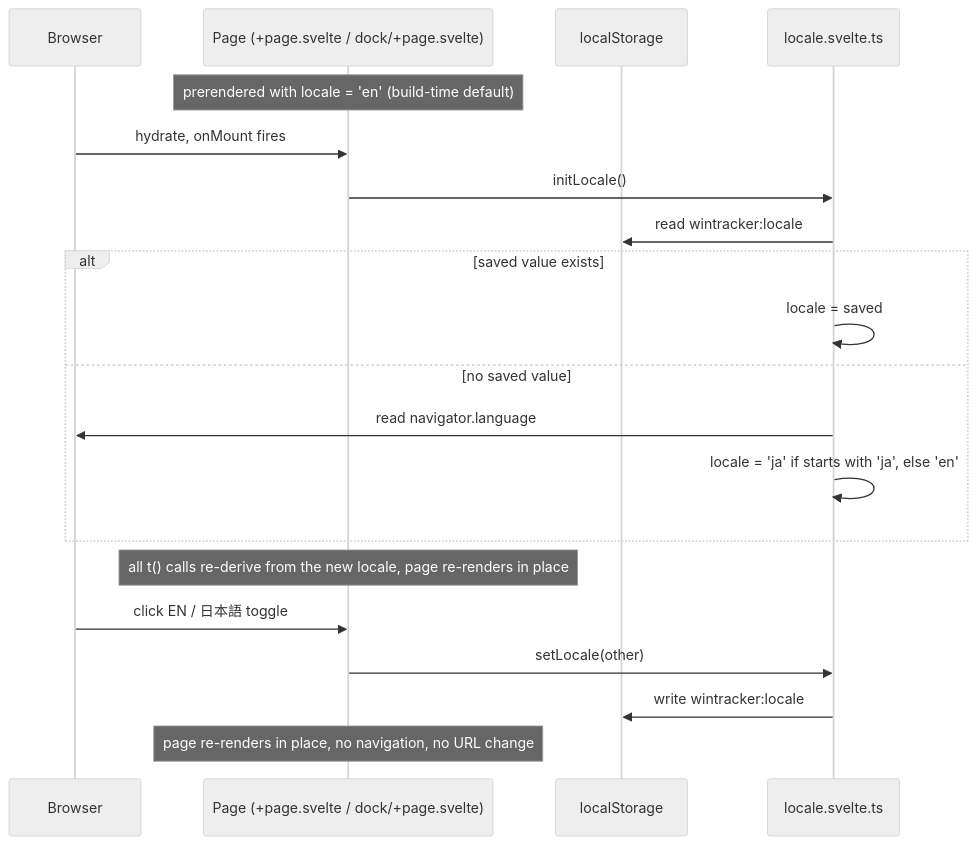
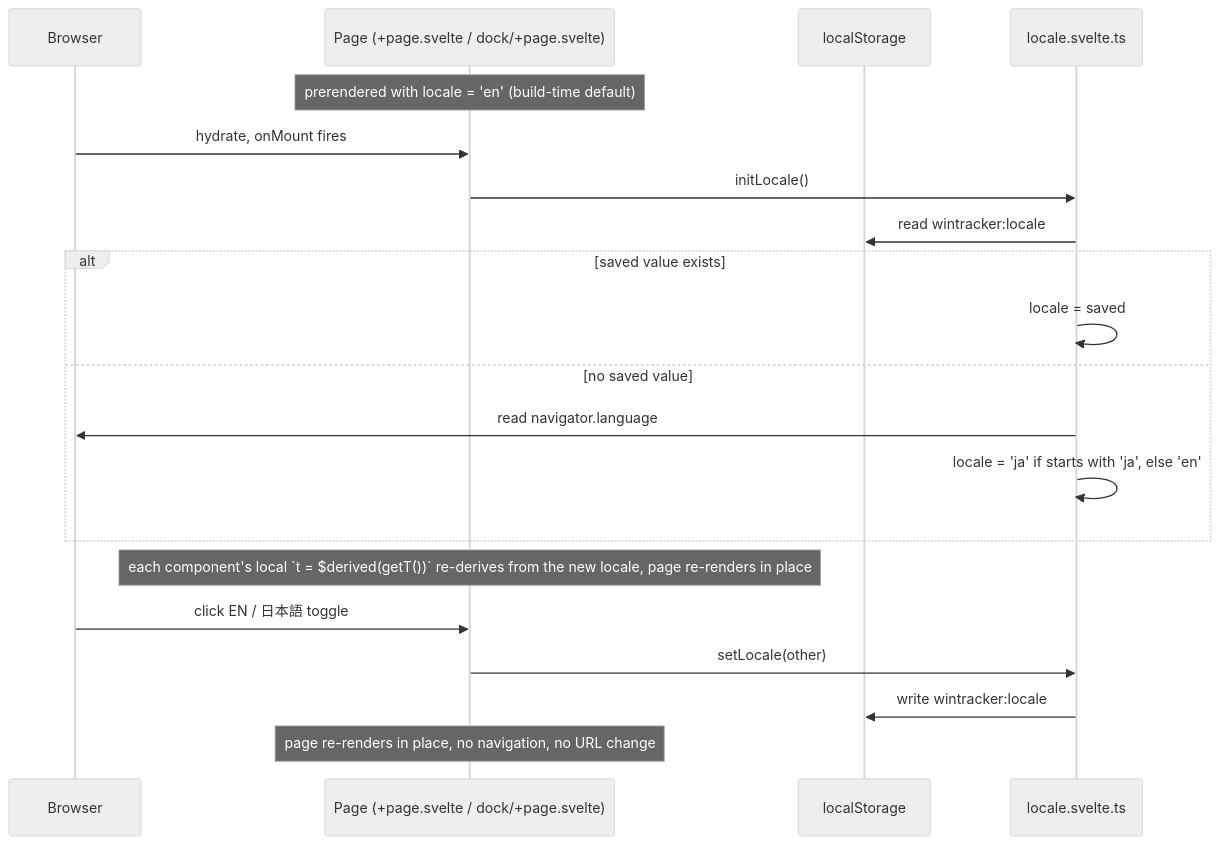
Before and after one commit to hk0i/streakingftw: the fourth of 4 diagrams in docs/2026-08-25-EDD-L10N.md, drawn with Mermaid (neutral theme). The commit also changed other lines of this file and 10 other files, not shown here.

````diff
--- a/docs/2026-08-25-EDD-L10N.md
+++ b/docs/2026-08-25-EDD-L10N.md
@@ -153,23 +175,23 @@
 ```mermaid
 sequenceDiagram
     participant B as Browser
     participant P as Page (+page.svelte / dock/+page.svelte)
     participant LS as localStorage
     participant S as locale.svelte.ts
 
     Note over P: prerendered with locale = 'en' (build-time default)
     B->>P: hydrate, onMount fires
     P->>S: initLocale()
     S->>LS: read wintracker:locale
     alt saved value exists
         S->>S: locale = saved
     else no saved value
         S->>B: read navigator.language
         S->>S: locale = 'ja' if starts with 'ja', else 'en'
     end
-    Note over P: all t() calls re-derive from the new locale, page re-renders in place
+    Note over P: each component's local `t = $derived(getT())` re-derives from the new locale, page re-renders in place
     B->>P: click EN / 日本語 toggle
     P->>S: setLocale(other)
     S->>LS: write wintracker:locale
     Note over P: page re-renders in place, no navigation, no URL change
 ```
````
